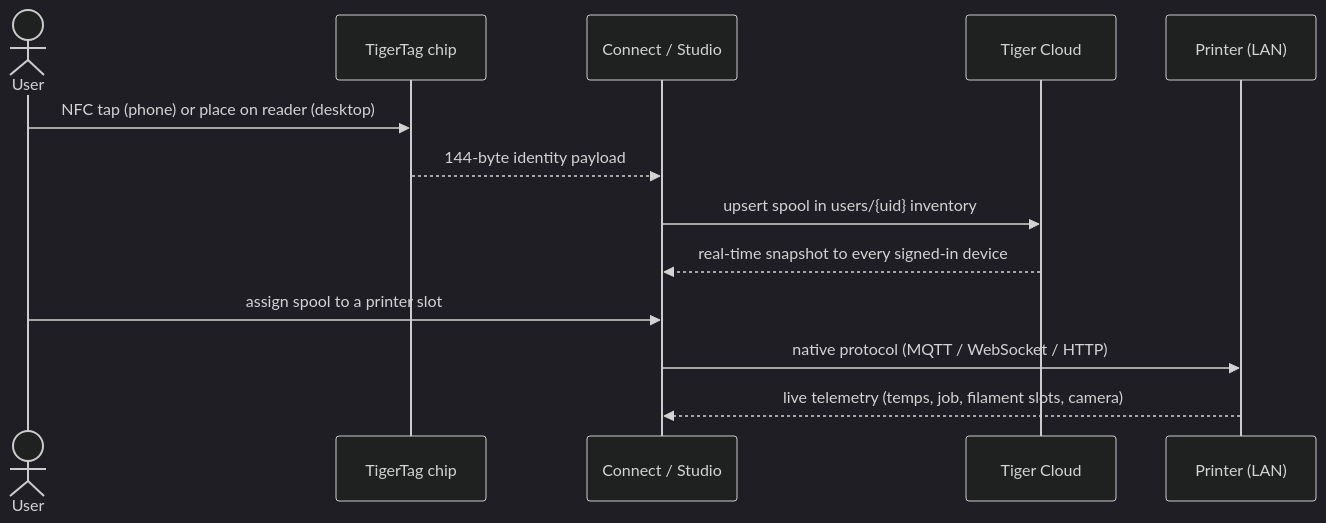
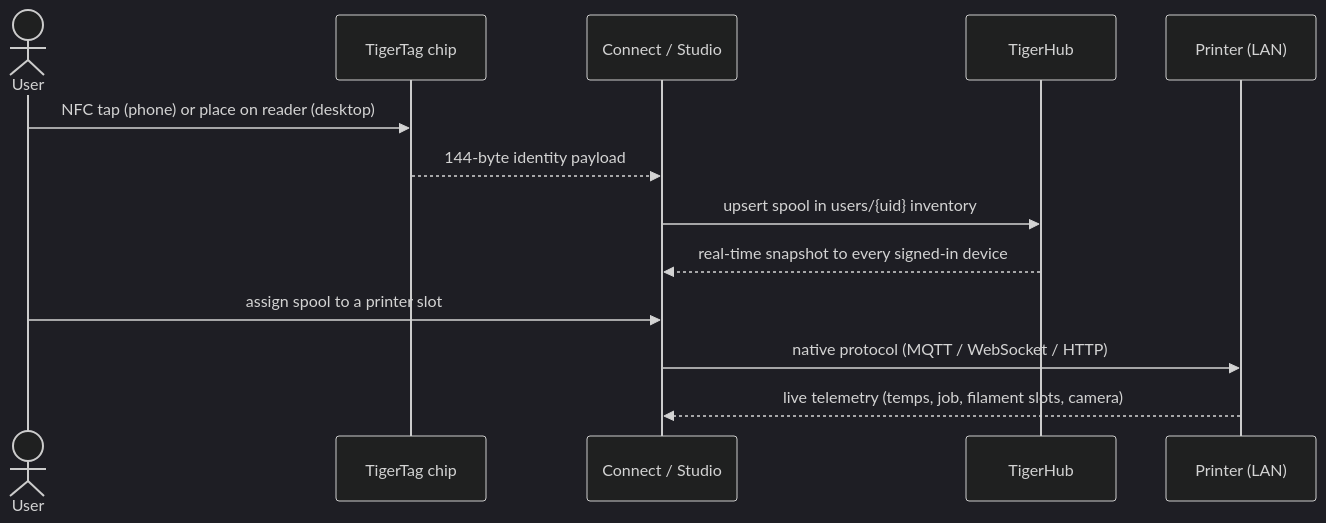
One commit to TigerTag-Project/TigerSystem-Docs changed the first of 2 diagrams in docs/architecture/data-flow.md. Above: the diagram before and after it, drawn with Mermaid (dark theme). The commit also changed 23 other files, not shown here.

Commit message:
Fix terminology: the Firebase account backbone is TigerHub (drop the invented 'Tiger Cloud' name, merge the two product pages)

````diff
--- a/docs/architecture/data-flow.md
+++ b/docs/architecture/data-flow.md
@@ -7,16 +7,16 @@
 ```mermaid
 sequenceDiagram
     actor User
     participant Chip as TigerTag chip
     participant App as Connect / Studio
-    participant Cloud as Tiger Cloud
+    participant Cloud as TigerHub
     participant Printer as Printer (LAN)
 
     User->>Chip: NFC tap (phone) or place on reader (desktop)
     Chip-->>App: 144-byte identity payload
     App->>Cloud: upsert spool in users/{uid} inventory
     Cloud-->>App: real-time snapshot to every signed-in device
     User->>App: assign spool to a printer slot
     App->>Printer: native protocol (MQTT / WebSocket / HTTP)
     Printer-->>App: live telemetry (temps, job, filament slots, camera)
 ```
````
